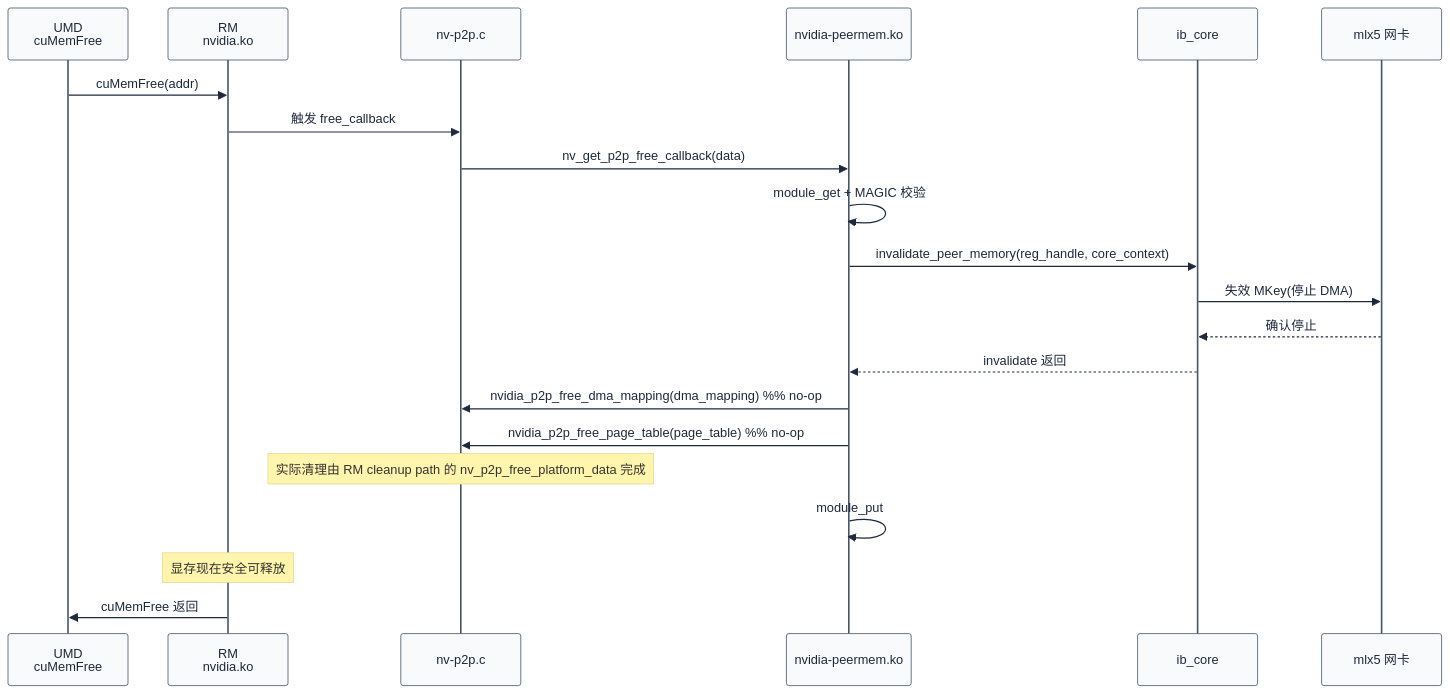
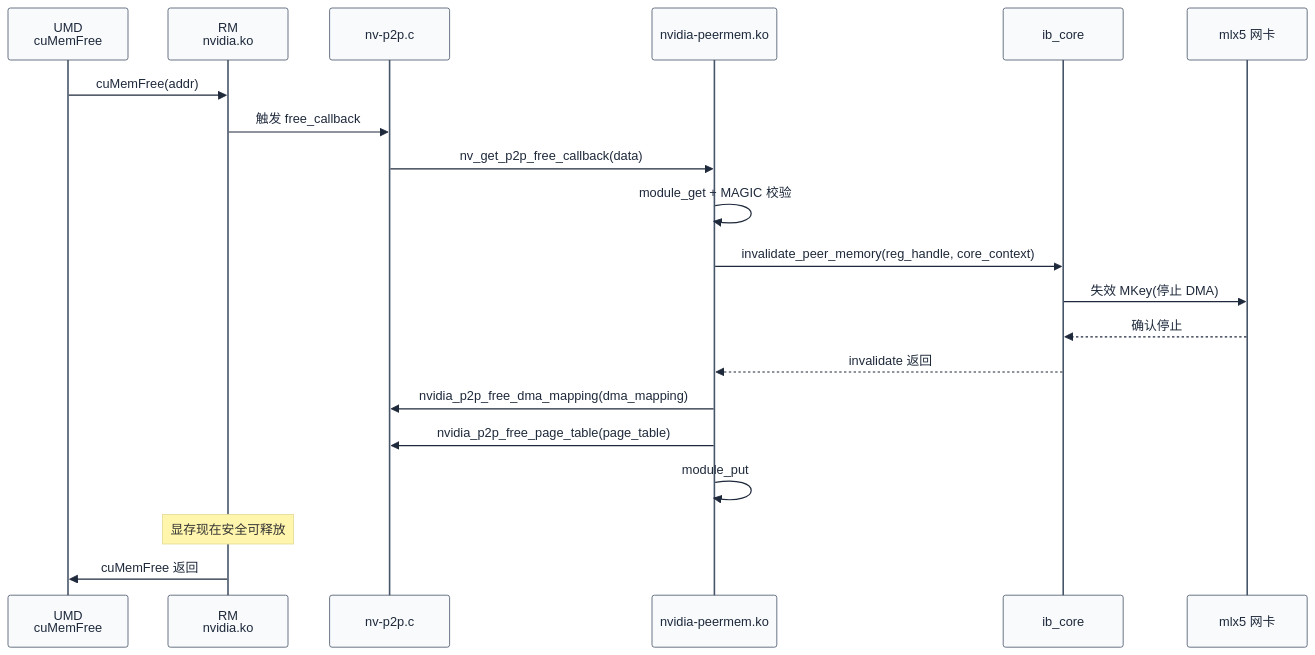
One commit to swjtuer326/cs-learning-notes changed the second of 3 diagrams in nvidia-kmd/11-GPUDirect-RDMA-peermem.md. Above: the diagram before and after it, drawn with Mermaid. The commit also changed other lines of this file and 4 other files, not shown here.

````diff
--- a/nvidia-kmd/11-GPUDirect-RDMA-peermem.md
+++ b/nvidia-kmd/11-GPUDirect-RDMA-peermem.md
@@ -605,25 +596,24 @@
 ```mermaid
 %%{init: {"theme": "base", "themeVariables": {"primaryColor": "#f8fafc", "primaryTextColor": "#1e293b", "primaryBorderColor": "#475569", "lineColor": "#64748b", "secondaryColor": "#f1f5f9", "secondaryBorderColor": "#94a3b8", "tertiaryColor": "#f8fafc", "fontFamily": "\"trebuchet ms\", verdana, arial, sans-serif"}}}%%
 sequenceDiagram
     participant UMD as UMD<br/>cuMemFree
     participant RM as RM<br/>nvidia.ko
     participant P2P as nv-p2p.c
     participant Peer as nvidia-peermem.ko
     participant IB as ib_core
     participant NIC as mlx5 网卡
 
     UMD->>RM: cuMemFree(addr)
     RM->>P2P: 触发 free_callback
     P2P->>Peer: nv_get_p2p_free_callback(data)
     Peer->>Peer: module_get + MAGIC 校验
     Peer->>IB: invalidate_peer_memory(reg_handle, core_context)
     IB->>NIC: 失效 MKey(停止 DMA)
     NIC-->>IB: 确认停止
     IB-->>Peer: invalidate 返回
-    Peer->>P2P: nvidia_p2p_free_dma_mapping(dma_mapping)  %% no-op
-    Peer->>P2P: nvidia_p2p_free_page_table(page_table)  %% no-op
-    Note over P2P: 实际清理由 RM cleanup path 的 nv_p2p_free_platform_data 完成
+    Peer->>P2P: nvidia_p2p_free_dma_mapping(dma_mapping)
+    Peer->>P2P: nvidia_p2p_free_page_table(page_table)
     Peer->>Peer: module_put
     Note over RM: 显存现在安全可释放
     RM->>UMD: cuMemFree 返回
 ```
````
